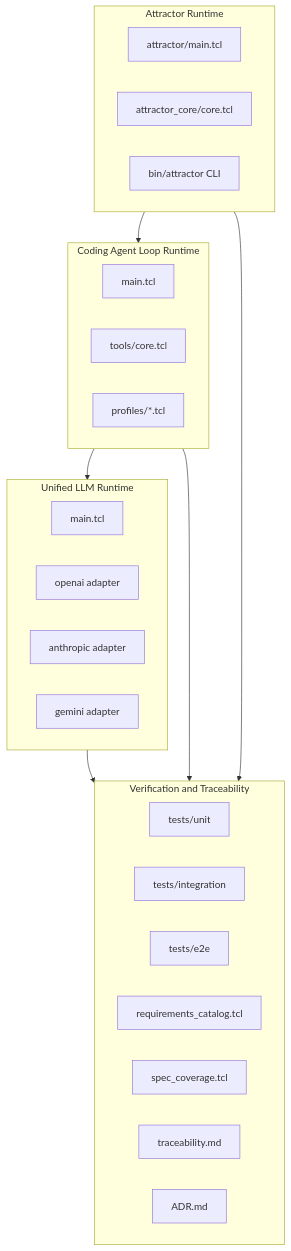
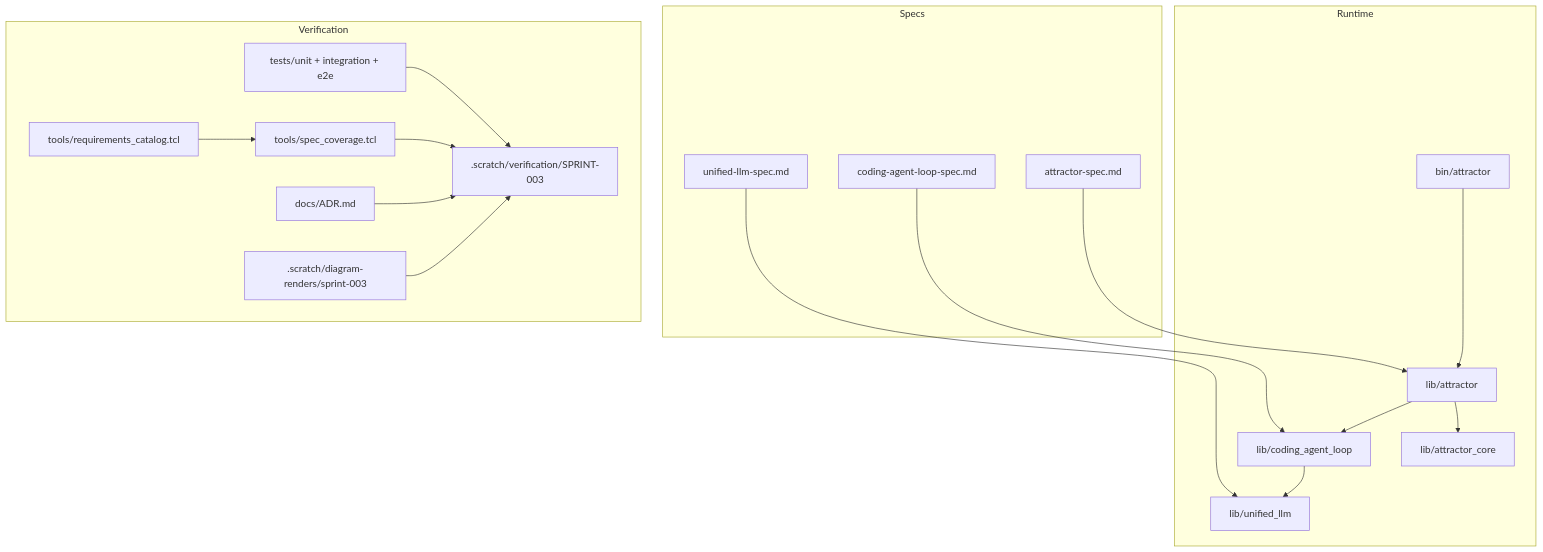
Before and after one commit to jaytaylor/attractor-tcl: the fifth of 5 diagrams in docs/sprints/SPRINT-003-close-spec-parity-tcl.md, drawn with Mermaid. The commit also changed other lines of this file, not shown here.

Commit message:
docs(sprint-003): sync close-spec parity completion with verified evidence

````diff
--- a/docs/sprints/SPRINT-003-close-spec-parity-tcl.md
+++ b/docs/sprints/SPRINT-003-close-spec-parity-tcl.md
@@ -2473,37 +1130,40 @@
 ```mermaid
 flowchart TB
-  subgraph ULLM[Unified LLM Runtime]
-    U1[main.tcl]
-    U2[openai adapter]
-    U3[anthropic adapter]
-    U4[gemini adapter]
-  end
+    subgraph Specs
+      SP1[unified-llm-spec.md]
+      SP2[coding-agent-loop-spec.md]
+      SP3[attractor-spec.md]
+    end
 
-  subgraph CAL[Coding Agent Loop Runtime]
-    C1[main.tcl]
-    C2[tools/core.tcl]
-    C3[profiles/*.tcl]
-  end
+    subgraph Runtime
+      ULLM[lib/unified_llm]
+      CAL[lib/coding_agent_loop]
+      ATR[lib/attractor]
+      CORE[lib/attractor_core]
+      CLI[bin/attractor]
+    end
 
-  subgraph ATR[Attractor Runtime]
-    A1[attractor/main.tcl]
-    A2[attractor_core/core.tcl]
-    A3[bin/attractor CLI]
-  end
+    subgraph Verification
+      TC[tests/unit + integration + e2e]
+      RC[tools/requirements_catalog.tcl]
+      SC[tools/spec_coverage.tcl]
+      EV[.scratch/verification/SPRINT-003]
+      DR[.scratch/diagram-renders/sprint-003]
+      ADR[docs/ADR.md]
+    end
 
-  subgraph QA[Verification and Traceability]
-    Q1[tests/unit]
-    Q2[tests/integration]
-    Q3[tests/e2e]
-    Q4[requirements_catalog.tcl]
-    Q5[spec_coverage.tcl]
-    Q6[traceability.md]
-    Q7[ADR.md]
-  end
+    SP1 --> ULLM
+    SP2 --> CAL
+    SP3 --> ATR
 
-  ATR --> CAL
-  CAL --> ULLM
-  ULLM --> QA
-  CAL --> QA
-  ATR --> QA
+    ATR --> CAL
+    CAL --> ULLM
+    ATR --> CORE
+    CLI --> ATR
+
+    RC --> SC
+    TC --> EV
+    SC --> EV
+    ADR --> EV
+    DR --> EV
 ```
````
